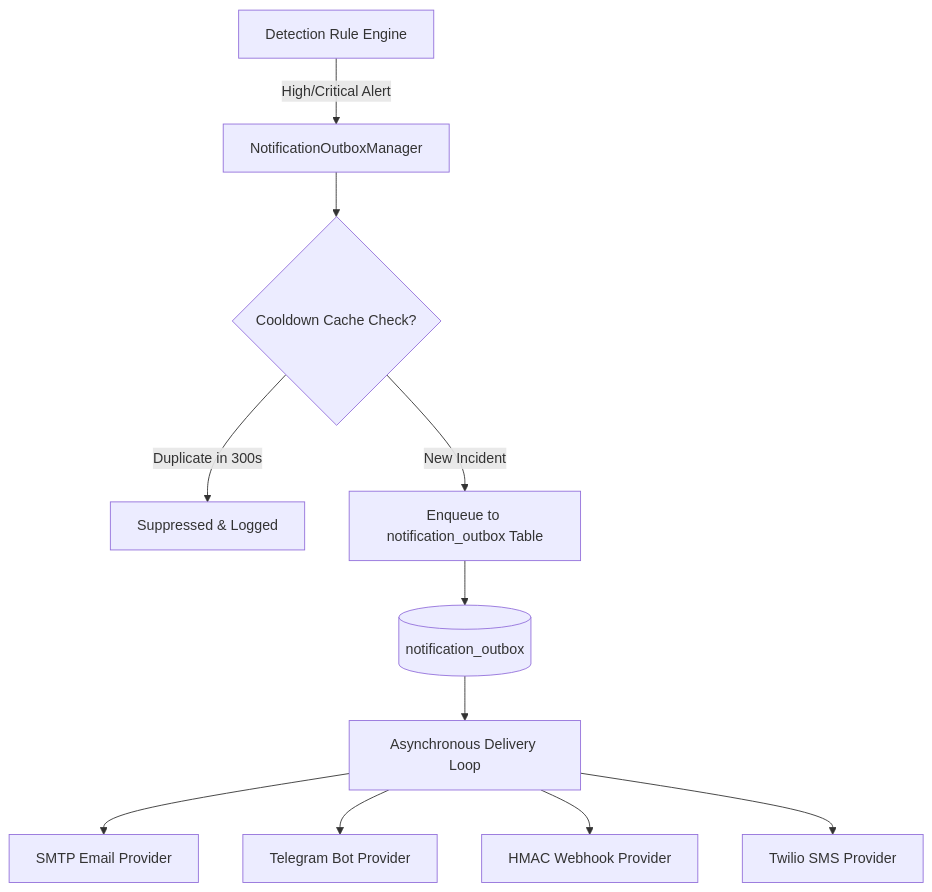
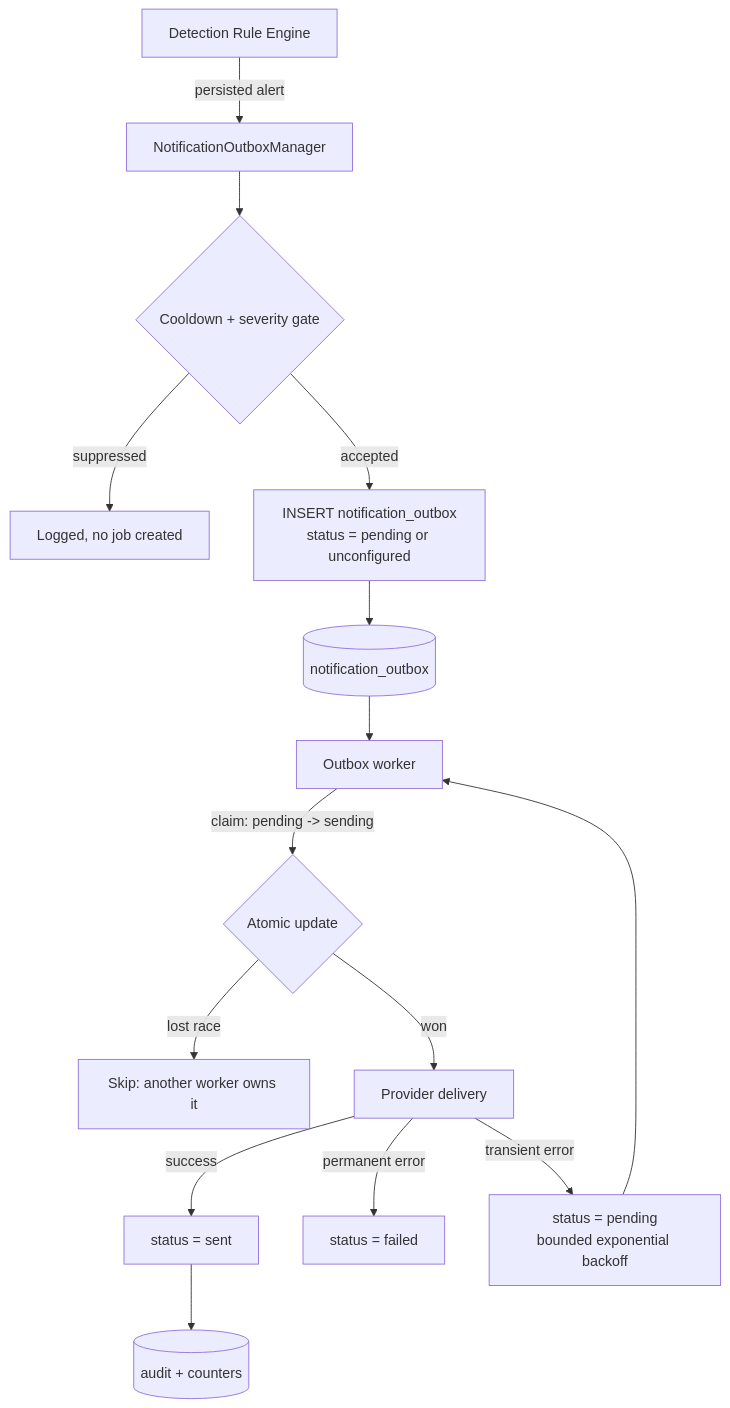
Before and after one commit to harshitagrwl1608/Network_Intrusion_Detection_System: the diagram in docs/NOTIFICATION_INTEGRATIONS.md, drawn with Mermaid. The commit also changed other lines of this file and 7 other files, not shown here.

````diff
--- a/docs/NOTIFICATION_INTEGRATIONS.md
+++ b/docs/NOTIFICATION_INTEGRATIONS.md
@@ -13,13 +15,17 @@
 ```mermaid
 flowchart TD
-    AL[Detection Rule Engine] -->|High/Critical Alert| OM[NotificationOutboxManager]
-    OM --> CD{Cooldown Cache Check?}
-    CD -->|Duplicate in 300s| SUP[Suppressed & Logged]
-    CD -->|New Incident| ENQ[Enqueue to notification_outbox Table]
+    AL[Detection Rule Engine] -->|persisted alert| OM[NotificationOutboxManager]
+    OM --> CD{Cooldown + severity gate}
+    CD -->|suppressed| SUP[Logged, no job created]
+    CD -->|accepted| ENQ[INSERT notification_outbox<br/>status = pending or unconfigured]
     ENQ --> DB[(notification_outbox)]
-    DB --> WORKER[Asynchronous Delivery Loop]
-    WORKER --> PR_EMAIL[SMTP Email Provider]
-    WORKER --> PR_TG[Telegram Bot Provider]
-    WORKER --> PR_WH[HMAC Webhook Provider]
-    WORKER --> PR_SMS[Twilio SMS Provider]
+    DB --> WORKER[Outbox worker]
+    WORKER -->|claim: pending -> sending| CLAIM{Atomic update}
+    CLAIM -->|lost race| SKIP[Skip: another worker owns it]
+    CLAIM -->|won| DELIVER[Provider delivery]
+    DELIVER -->|success| SENT[status = sent]
+    DELIVER -->|permanent error| FAILED[status = failed]
+    DELIVER -->|transient error| RETRY[status = pending<br/>bounded exponential backoff]
+    RETRY --> WORKER
+    SENT --> DONE[(audit + counters)]
 ```
````
